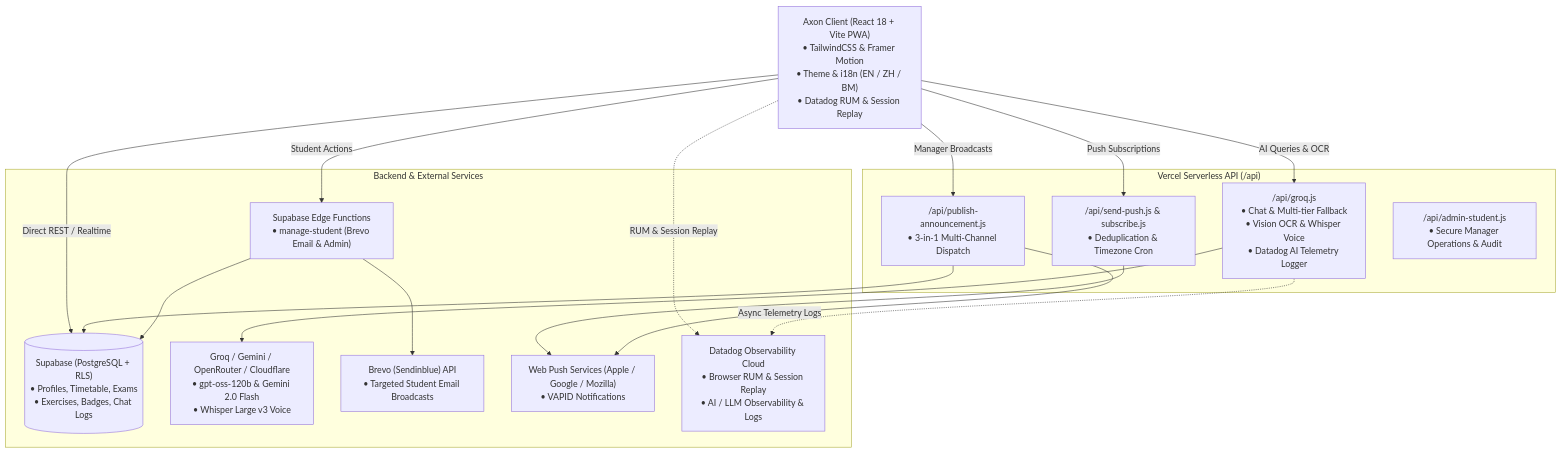
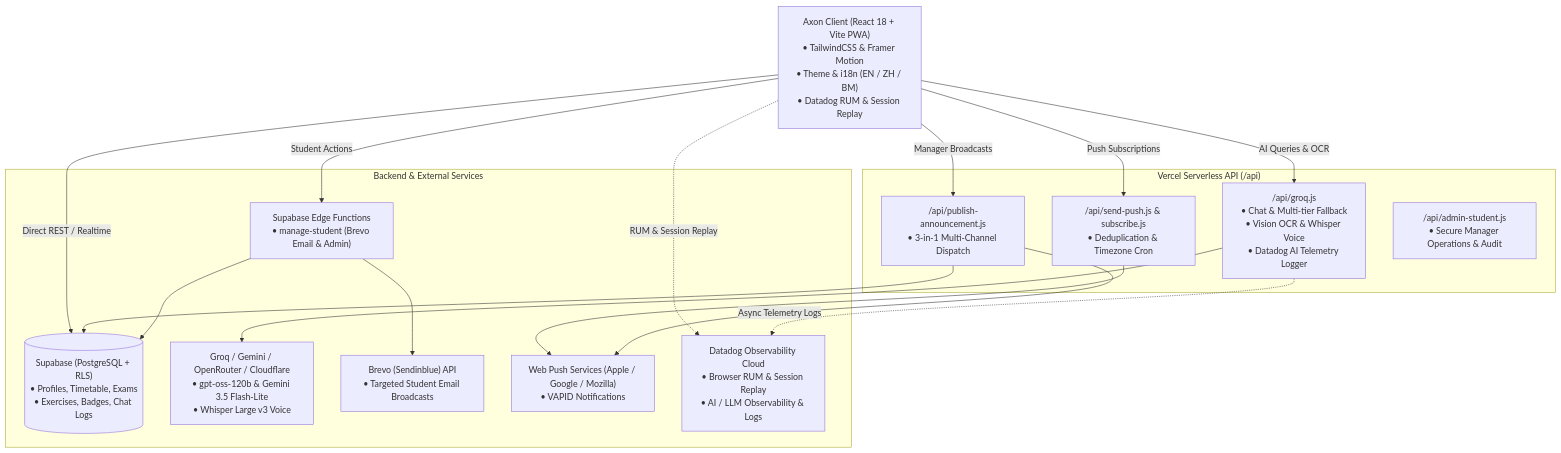
Before and after one commit to jiahong0324/Axon: the diagram in README.md, drawn with Mermaid. The commit also changed other lines of this file and 5 other files, not shown here.

````diff
--- a/README.md
+++ b/README.md
@@ -32,35 +32,35 @@
 ```mermaid
 flowchart TD
     Client["Axon Client (React 18 + Vite PWA)\n• TailwindCSS & Framer Motion\n• Theme & i18n (EN / ZH / BM)\n• Datadog RUM & Session Replay"]
     
     subgraph ServerlessAPI ["Vercel Serverless API (/api)"]
         AIProxy["/api/groq.js\n• Chat & Multi-tier Fallback\n• Vision OCR & Whisper Voice\n• Datadog AI Telemetry Logger"]
         AnnounceAPI["/api/publish-announcement.js\n• 3-in-1 Multi-Channel Dispatch"]
         PushAPI["/api/send-push.js & subscribe.js\n• Deduplication & Timezone Cron"]
         AdminAPI["/api/admin-student.js\n• Secure Manager Operations & Audit"]
     end
     
     subgraph CloudServices ["Backend & External Services"]
         SupabaseDB[("Supabase (PostgreSQL + RLS)\n• Profiles, Timetable, Exams\n• Exercises, Badges, Chat Logs")]
         EdgeFn["Supabase Edge Functions\n• manage-student (Brevo Email & Admin)"]
-        GroqCloud["Groq / Gemini / OpenRouter / Cloudflare\n• gpt-oss-120b & Gemini 2.0 Flash\n• Whisper Large v3 Voice"]
+        GroqCloud["Groq / Gemini / OpenRouter / Cloudflare\n• gpt-oss-120b & Gemini 3.5 Flash-Lite\n• Whisper Large v3 Voice"]
         BrevoEmail["Brevo (Sendinblue) API\n• Targeted Student Email Broadcasts"]
         WebPushGateway["Web Push Services (Apple / Google / Mozilla)\n• VAPID Notifications"]
         DatadogCloud["Datadog Observability Cloud\n• Browser RUM & Session Replay\n• AI / LLM Observability & Logs"]
     end
 
     Client -->|Direct REST / Realtime| SupabaseDB
     Client -->|AI Queries & OCR| AIProxy
     Client -->|Push Subscriptions| PushAPI
     Client -->|Manager Broadcasts| AnnounceAPI
     Client -->|Student Actions| EdgeFn
     Client -.->|RUM & Session Replay| DatadogCloud
     
     AIProxy --> GroqCloud
     AIProxy -.->|Async Telemetry Logs| DatadogCloud
     PushAPI --> WebPushGateway
     AnnounceAPI --> SupabaseDB
     AnnounceAPI --> WebPushGateway
     EdgeFn --> SupabaseDB
     EdgeFn --> BrevoEmail
 ```
````
